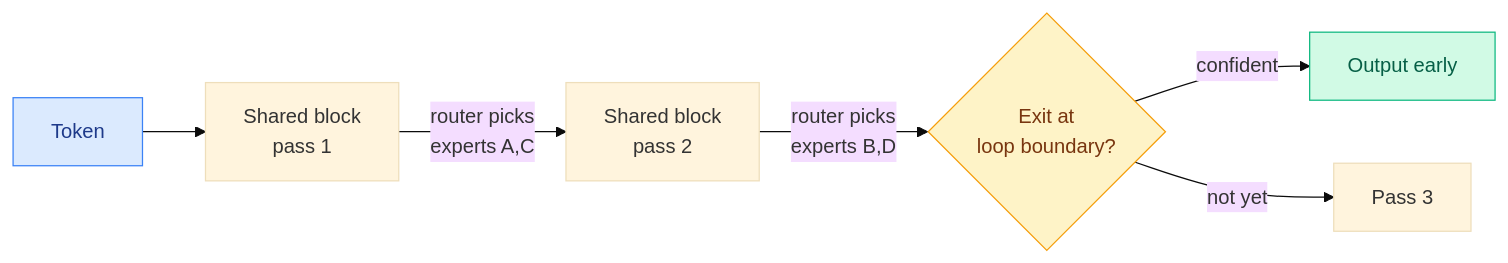
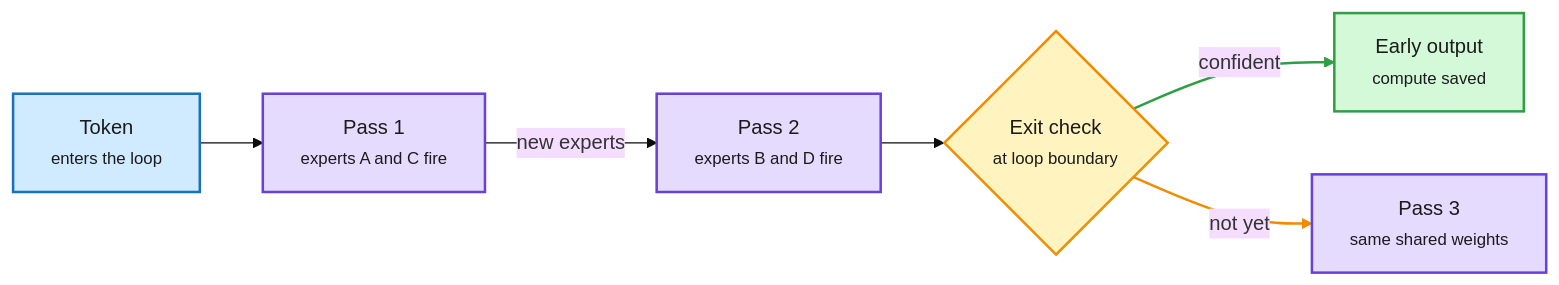
Before and after one commit to bayesiansapien/cere-bro: the second of 9 diagrams in wiki/daily-digest/2026-09/2026-09-27.md, drawn with Mermaid (base theme). The commit also changed other lines of this file, not shown here.

````diff
--- a/wiki/daily-digest/2026-09/2026-09-27.md
+++ b/wiki/daily-digest/2026-09/2026-09-27.md
@@ -94,14 +103,18 @@
 ```mermaid
 flowchart LR
-  X[Token] --> B1[Shared block<br/>pass 1]
-  B1 -->|router picks<br/>experts A,C| B2[Shared block<br/>pass 2]
-  B2 -->|router picks<br/>experts B,D| E{Exit at<br/>loop boundary?}
-  E -->|confident| O[Output early]
-  E -->|not yet| B3[Pass 3]
-  classDef input fill:#dbeafe,stroke:#3b82f6,color:#1e3a8a
-  classDef decision fill:#fef3c7,stroke:#f59e0b,color:#78350f
-  classDef output fill:#d1fae5,stroke:#10b981,color:#065f46
+  X["Token<br/><small>enters the loop</small>"] --> B1["Pass 1<br/><small>experts A and C fire</small>"]
+  B1 -->|new experts| B2["Pass 2<br/><small>experts B and D fire</small>"]
+  B2 --> E{"Exit check<br/><small>at loop boundary</small>"}
+  E -->|confident| O["Early output<br/><small>compute saved</small>"]
+  E -->|not yet| B3["Pass 3<br/><small>same shared weights</small>"]
+  classDef input fill:#d0ebff,stroke:#1971c2,color:#1b1b1b,stroke-width:2px
+  classDef core fill:#e5dbff,stroke:#6741d9,color:#1b1b1b,stroke-width:2px
+  classDef loop fill:#fff3bf,stroke:#f08c00,color:#1b1b1b,stroke-width:2px
+  classDef exit fill:#d3f9d8,stroke:#2f9e44,color:#1b1b1b,stroke-width:2px
   class X input
-  class E decision
-  class O output
+  class B1,B2,B3 core
+  class E loop
+  class O exit
+  linkStyle 3 stroke:#2f9e44,stroke-width:2px
+  linkStyle 4 stroke:#f08c00,stroke-width:2px
 ```
````
